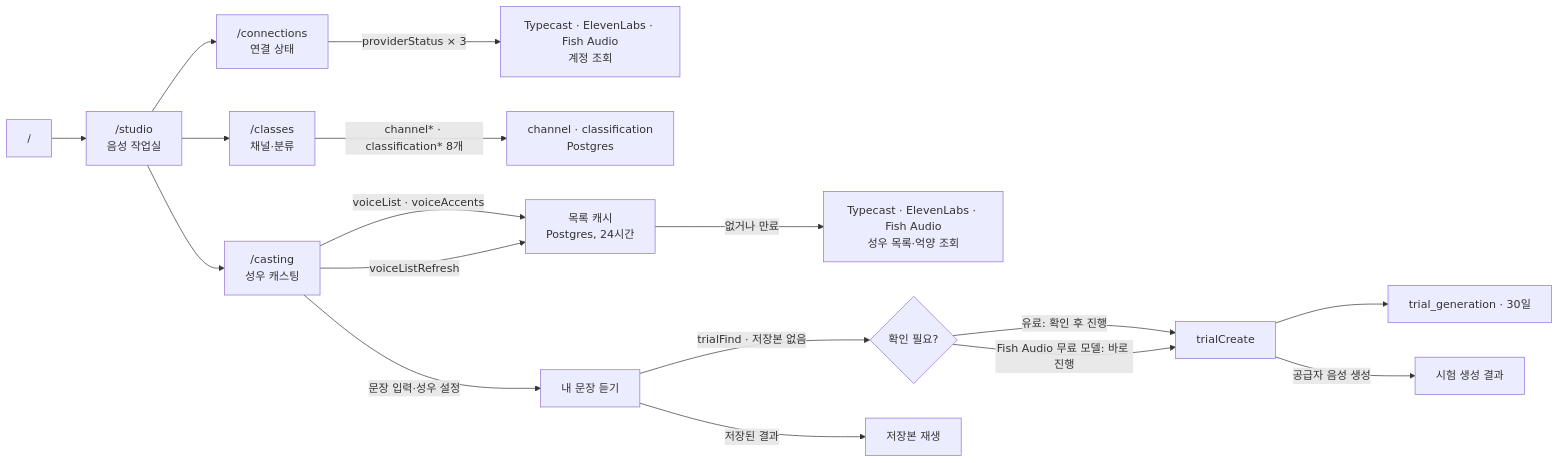
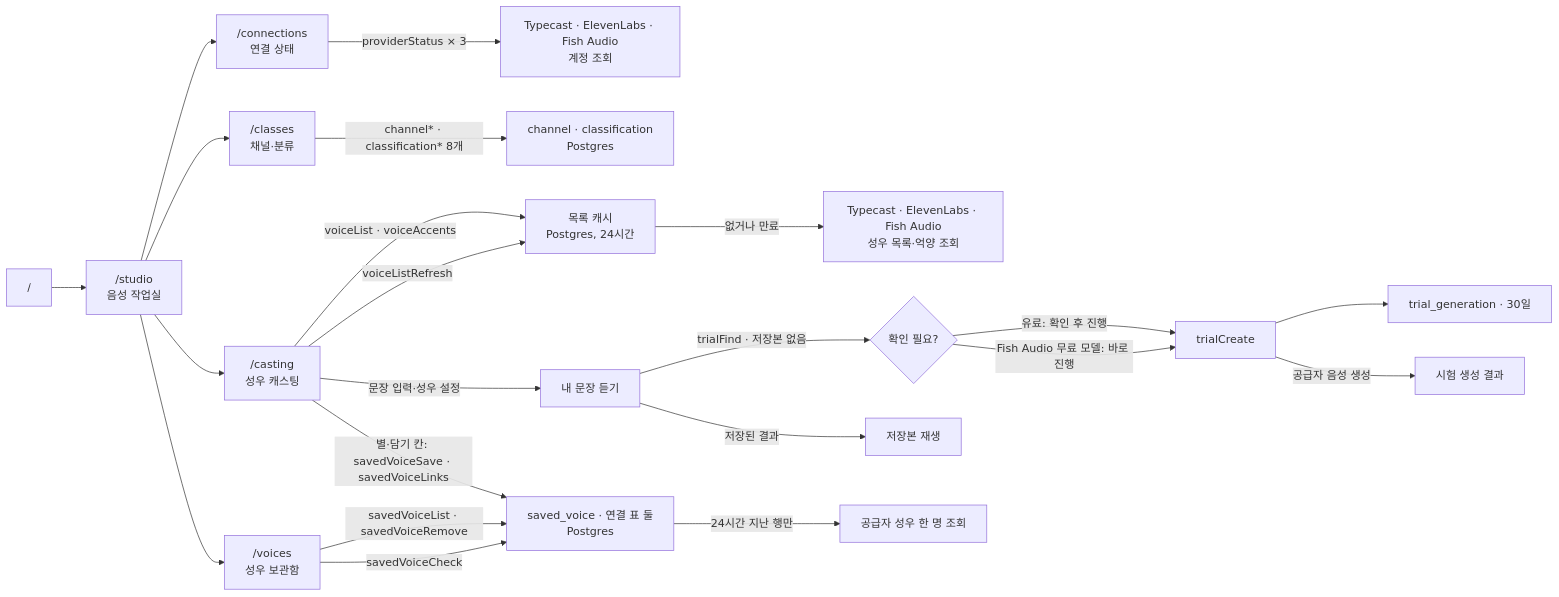
One commit to roadkwonai/omni-ai-tts changed the diagram in docs/domain/project.md. Above: the diagram before and after it, drawn with Mermaid. The commit also changed other lines of this file and 69 other files, not shown here.

````diff
--- a/docs/domain/project.md
+++ b/docs/domain/project.md
@@ -18,19 +18,24 @@
 ```mermaid
 flowchart LR
   R["/"] --> S["/studio<br/>음성 작업실"]
   S --> C["/connections<br/>연결 상태"]
   C -->|providerStatus × 3| P["Typecast · ElevenLabs · Fish Audio<br/>계정 조회"]
   S --> CL["/classes<br/>채널·분류"]
   CL -->|"channel* · classification* 8개"| CD["channel · classification<br/>Postgres"]
   S --> V["/casting<br/>성우 캐스팅"]
   V -->|"voiceList · voiceAccents"| K["목록 캐시<br/>Postgres, 24시간"]
   K -->|"없거나 만료"| L["Typecast · ElevenLabs · Fish Audio<br/>성우 목록·억양 조회"]
   V -->|voiceListRefresh| K
   V -->|문장 입력·성우 설정| TF["내 문장 듣기"]
   TF -->|trialFind · 저장본 없음| TC{"확인 필요?"}
   TC -->|유료: 확인 후 진행| TCR["trialCreate"]
   TC -->|Fish Audio 무료 모델: 바로 진행| TCR
   TF -->|저장된 결과| TA["저장본 재생"]
   TCR --> TR["trial_generation · 30일"]
   TCR -->|공급자 음성 생성| TOUT["시험 생성 결과"]
+  V -->|"별·담기 칸: savedVoiceSave · savedVoiceLinks"| SV["saved_voice · 연결 표 둘<br/>Postgres"]
+  S --> LB["/voices<br/>성우 보관함"]
+  LB -->|"savedVoiceList · savedVoiceRemove"| SV
+  LB -->|savedVoiceCheck| SV
+  SV -->|"24시간 지난 행만"| G["공급자 성우 한 명 조회"]
 ```
````
